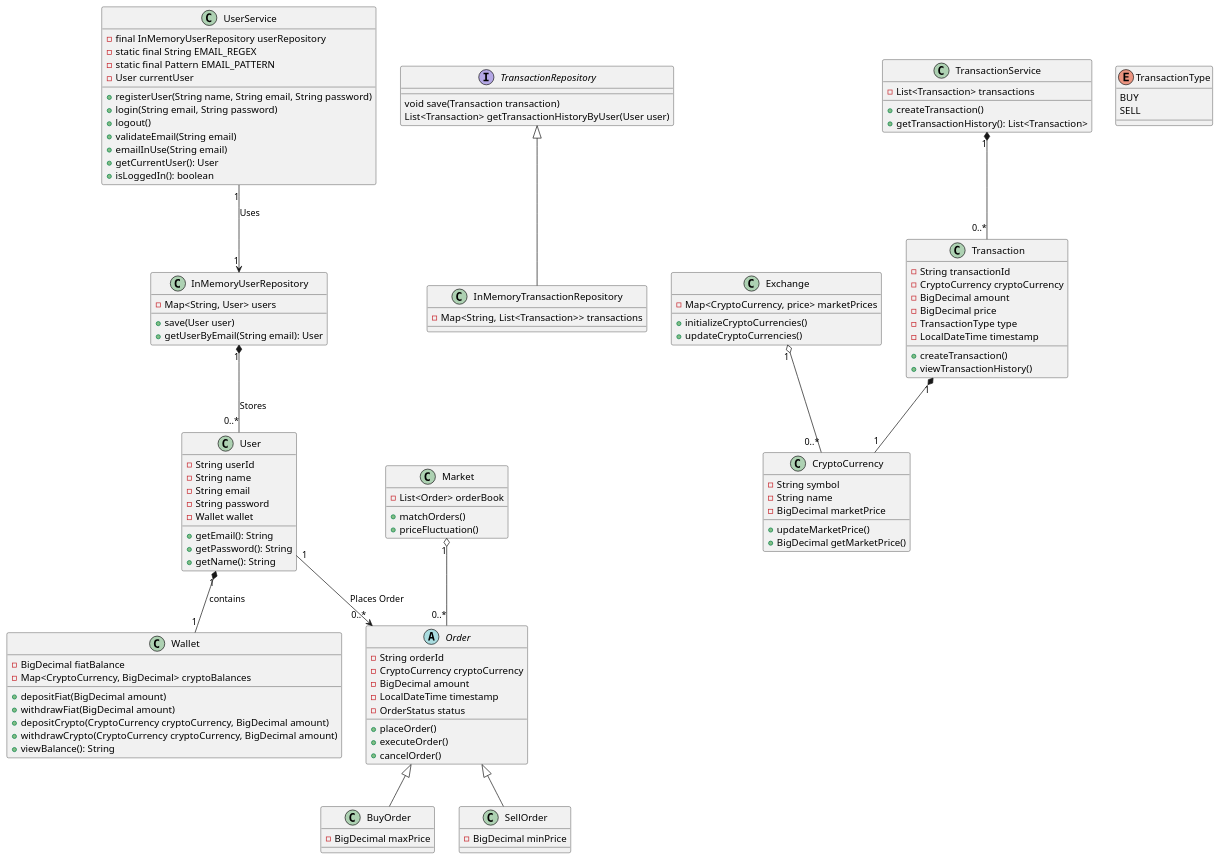
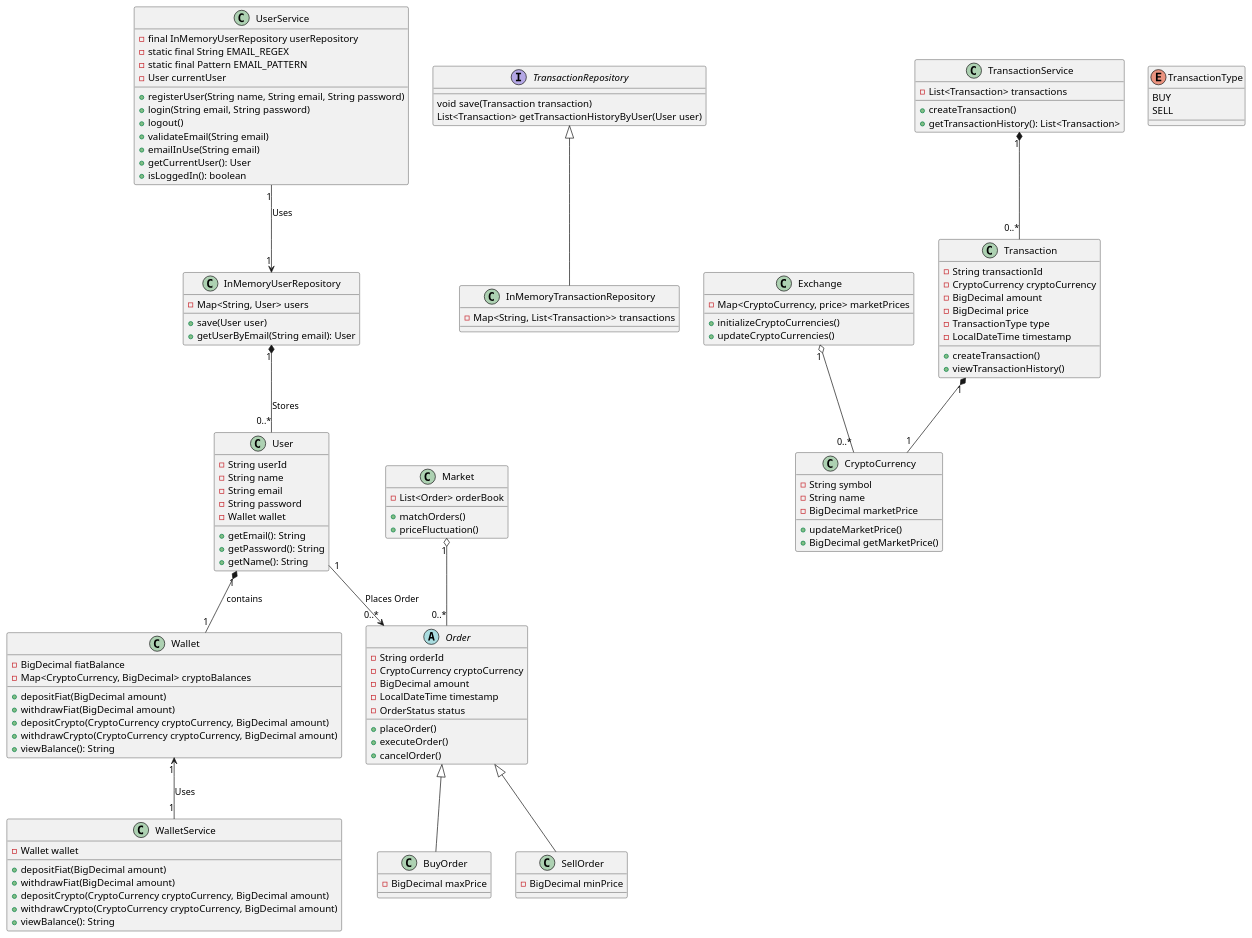
One commit to LeynderS/crypto_exchange_system changed the diagram in diagram/class_diagram.puml. Above: the diagram before and after it, drawn with PlantUML. The commit also changed 6 other files, not shown here.

Commit message:
Implemented controllers for depositing fiat money and checking wallet information about both fiat and cryptocurrency based on the currently logged-in user.

```diff
--- a/diagram/class_diagram.puml
+++ b/diagram/class_diagram.puml
@@ -1,134 +1,143 @@
 @startuml
 
 class UserService{
 -final InMemoryUserRepository userRepository
 -static final String EMAIL_REGEX
 -static final Pattern EMAIL_PATTERN
 -User currentUser
 +registerUser(String name, String email, String password)
 +login(String email, String password)
 +logout()
 +validateEmail(String email)
 +emailInUse(String email)
 +getCurrentUser(): User
 +isLoggedIn(): boolean
 }
 
 class InMemoryUserRepository {
   -Map<String, User> users
   +save(User user)
   +getUserByEmail(String email): User
 }
 
 class User {
 -String userId
 -String name
 -String email
 -String password
 -Wallet wallet
 +getEmail(): String
 +getPassword(): String
 +getName(): String
 }
 
+class WalletService{
+-Wallet wallet
++depositFiat(BigDecimal amount)
++withdrawFiat(BigDecimal amount)
++depositCrypto(CryptoCurrency cryptoCurrency, BigDecimal amount)
++withdrawCrypto(CryptoCurrency cryptoCurrency, BigDecimal amount)
++viewBalance(): String
+}
 
 class Wallet {
 -BigDecimal fiatBalance
 -Map<CryptoCurrency, BigDecimal> cryptoBalances
 +depositFiat(BigDecimal amount)
 +withdrawFiat(BigDecimal amount)
 +depositCrypto(CryptoCurrency cryptoCurrency, BigDecimal amount)
 +withdrawCrypto(CryptoCurrency cryptoCurrency, BigDecimal amount)
 +viewBalance(): String
 }
 
 abstract class Order {
 -String orderId
 -CryptoCurrency cryptoCurrency
 -BigDecimal amount
 -LocalDateTime timestamp
 -OrderStatus status
 +placeOrder()
 +executeOrder()
 +cancelOrder()
 }
 
 class BuyOrder {
 -BigDecimal maxPrice
 }
 
 class SellOrder{
 -BigDecimal minPrice
 }
 
 
 interface TransactionRepository {
 void save(Transaction transaction)
 List<Transaction> getTransactionHistoryByUser(User user)
 }
 
 class InMemoryTransactionRepository {
   -Map<String, List<Transaction>> transactions
 }
 
 class Transaction {
 -String transactionId
 -CryptoCurrency cryptoCurrency
 -BigDecimal amount
 -BigDecimal price
 -TransactionType type
 -LocalDateTime timestamp
 +createTransaction()
 +viewTransactionHistory()
 }
 
 class TransactionService {
   -List<Transaction> transactions
   +createTransaction()
   +getTransactionHistory(): List<Transaction>
 }
 
 
 class CryptoCurrency {
 -String symbol
 -String name
 -BigDecimal marketPrice
 +updateMarketPrice()
 +BigDecimal getMarketPrice()
 }
 
 
 class Market{
 -List<Order> orderBook
 +matchOrders()
 +priceFluctuation()
 }
 
 class Exchange{
 -Map<CryptoCurrency, price> marketPrices
 +initializeCryptoCurrencies()
 +updateCryptoCurrencies()
 }
 
 
 enum TransactionType {
 BUY
 SELL
 }
 
 UserService "1" --> "1" InMemoryUserRepository : Uses
 InMemoryUserRepository "1" *-- "0..*" User : Stores
 User "1" *-- "1" Wallet : contains
+Wallet "1" <-- "1" WalletService : Uses
 
 User "1" --> "0..*" Order : Places Order
 
 TransactionRepository <|-- InMemoryTransactionRepository
 
 TransactionService "1" *-- "0..*" Transaction
 Transaction "1" *-- "1" CryptoCurrency
 Order <|-- BuyOrder
 Order <|-- SellOrder
 Market "1" o-- "0..*" Order
 Exchange "1" o-- "0..*" CryptoCurrency
 
 @enduml
```
